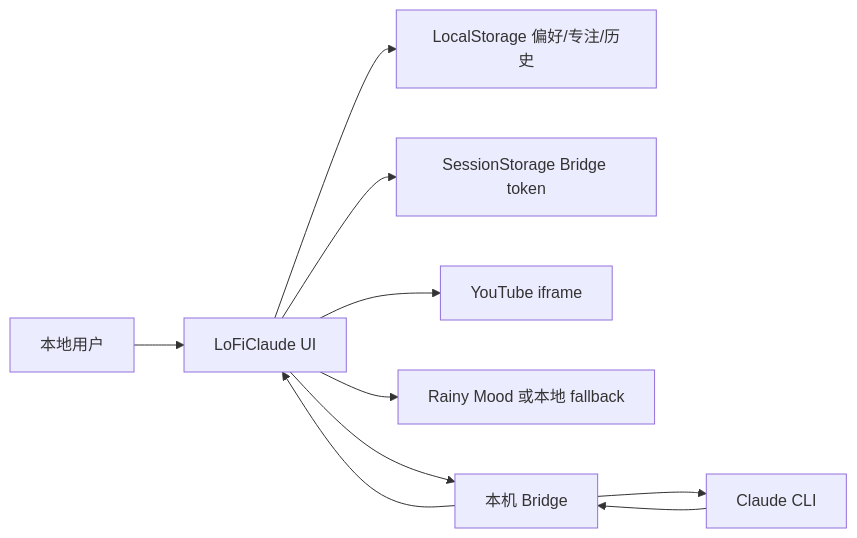
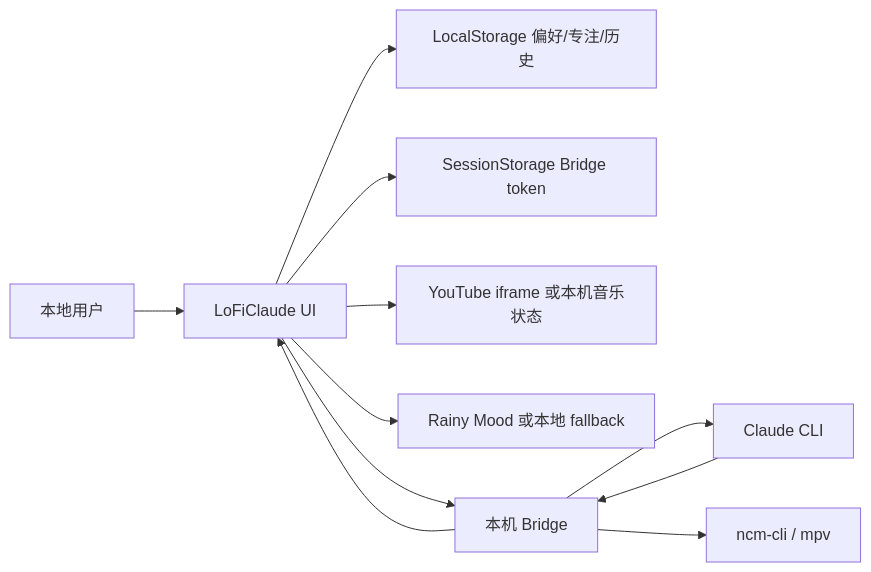
One commit to Eliotcute/loficlaude changed the third of 5 diagrams in docs/LoFiClaude_PRD_V1.1.0.md. Above: the diagram before and after it, drawn with Mermaid. The commit also changed other lines of this file and 9 other files, not shown here.

````diff
--- a/docs/LoFiClaude_PRD_V1.1.0.md
+++ b/docs/LoFiClaude_PRD_V1.1.0.md
@@ -151,12 +151,13 @@
 ```mermaid
 flowchart LR
     U[本地用户] --> UI[LoFiClaude UI]
     UI --> LS[LocalStorage 偏好/专注/历史]
     UI --> SS[SessionStorage Bridge token]
-    UI --> YT[YouTube iframe]
+    UI --> YT[YouTube iframe 或本机音乐状态]
     UI --> RM[Rainy Mood 或本地 fallback]
     UI --> WS[本机 Bridge]
     WS --> CLI[Claude CLI]
+    WS --> NCM[ncm-cli / mpv]
     CLI --> WS
     WS --> UI
 ```
````
